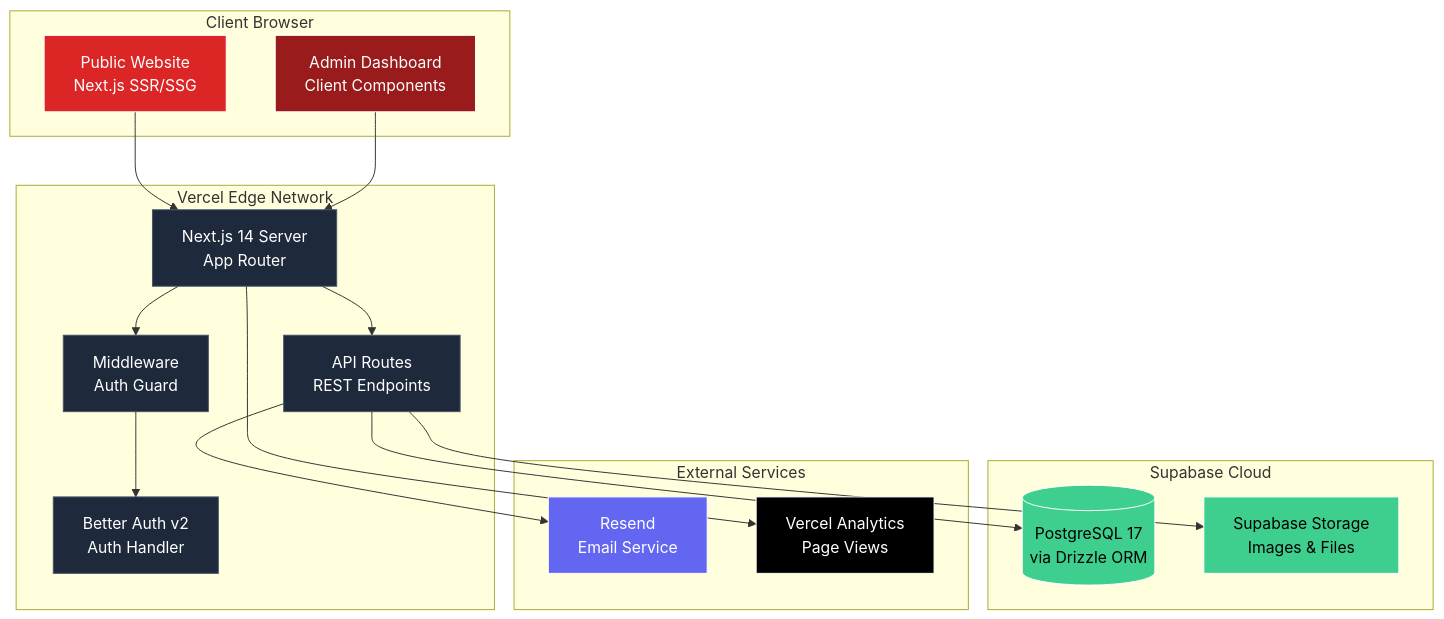
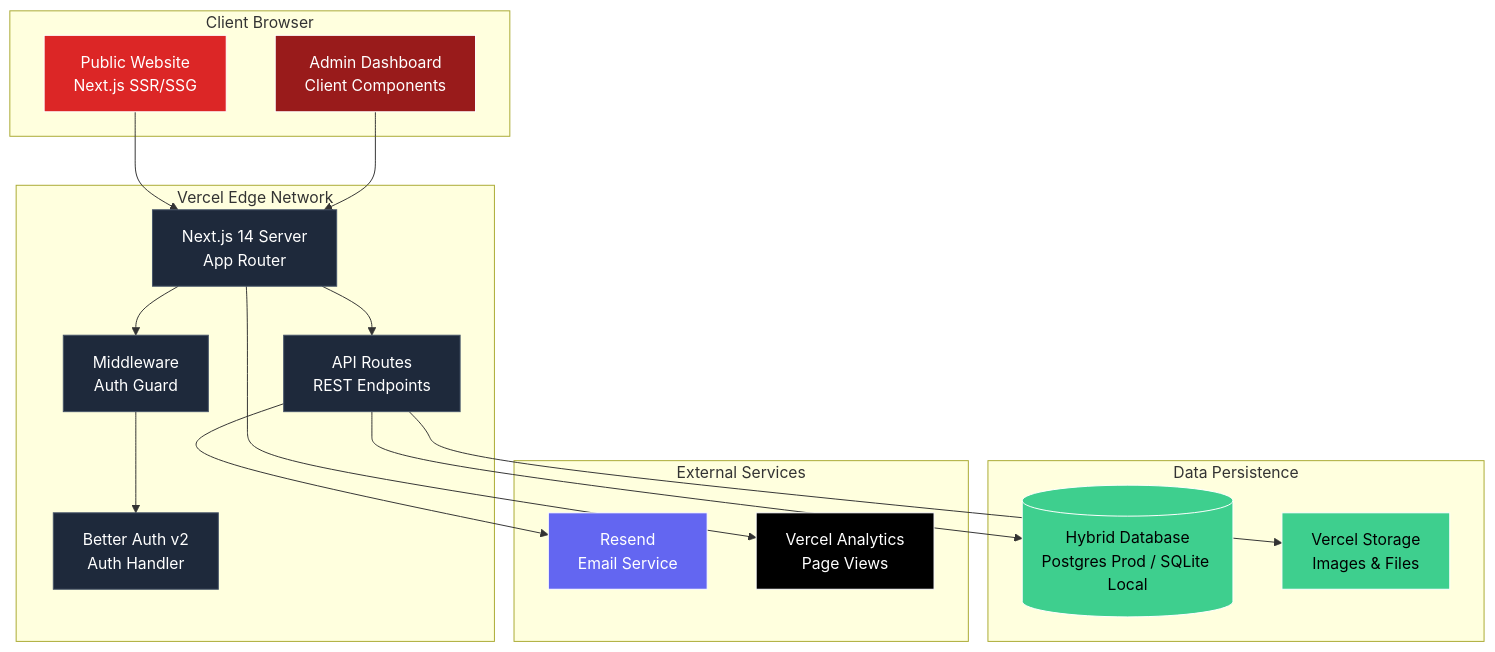
One commit to adimaryanto-stack/Sifiso-Portofolio changed the first of 12 diagrams in flowchart.md. Above: the diagram before and after it, drawn with Mermaid. The commit also changed 4 other files, not shown here.

````diff
--- a/flowchart.md
+++ b/flowchart.md
@@ -11,45 +11,45 @@
 ```mermaid
 graph TB
     subgraph "Client Browser"
         A[Public Website<br/>Next.js SSR/SSG] 
         B[Admin Dashboard<br/>Client Components]
     end
 
     subgraph "Vercel Edge Network"
         C[Next.js 14 Server<br/>App Router]
         D[API Routes<br/>REST Endpoints]
         E[Better Auth v2<br/>Auth Handler]
         F[Middleware<br/>Auth Guard]
     end
 
-    subgraph "Supabase Cloud"
-        G[(PostgreSQL 17<br/>via Drizzle ORM)]
-        H[Supabase Storage<br/>Images & Files]
+    subgraph "Data Persistence"
+        G[(Hybrid Database<br/>Postgres Prod / SQLite Local)]
+        H[Vercel Storage<br/>Images & Files]
     end
 
     subgraph "External Services"
         I[Resend<br/>Email Service]
         J[Vercel Analytics<br/>Page Views]
     end
 
     A --> C
     B --> C
     C --> D
     C --> F
     F --> E
     D --> G
     D --> H
     D --> I
     C --> J
 
     style A fill:#DC2626,stroke:#fff,color:#fff
     style B fill:#991B1B,stroke:#fff,color:#fff
     style C fill:#1E293B,stroke:#475569,color:#fff
     style D fill:#1E293B,stroke:#475569,color:#fff
     style E fill:#1E293B,stroke:#475569,color:#fff
     style F fill:#1E293B,stroke:#475569,color:#fff
     style G fill:#3ECF8E,stroke:#fff,color:#000
     style H fill:#3ECF8E,stroke:#fff,color:#000
     style I fill:#6366F1,stroke:#fff,color:#fff
     style J fill:#000,stroke:#fff,color:#fff
 ```
````
